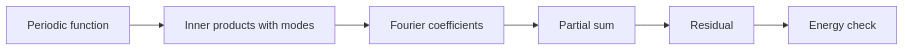
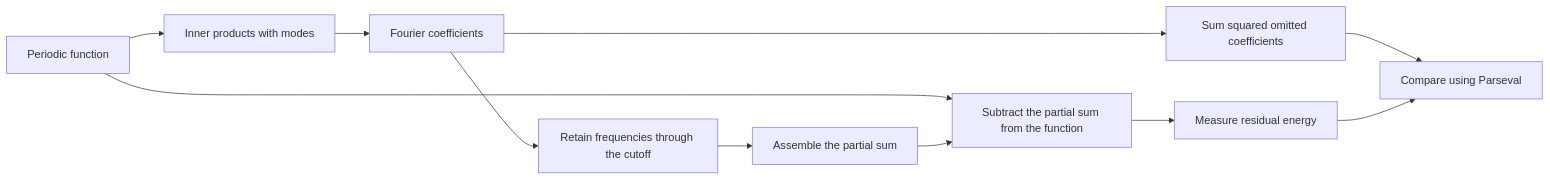
The third of 5 diagrams in examples/articles/fourier-series.md (VoidReg/publisle), drawn with Mermaid before and after one commit. The commit also changed other lines of this file and 25 other files, not shown here.

Commit message:
feat(playgrounds): add optimized themed Mermaid previews and Fourier diagrams

````diff
--- a/examples/articles/fourier-series.md
+++ b/examples/articles/fourier-series.md
@@ -463,8 +514,13 @@
 ```mermaid
 flowchart LR
   F[Periodic function] --> I[Inner products with modes]
   I --> C[Fourier coefficients]
-  C --> S[Partial sum]
-  S --> R[Residual]
-  R --> E[Energy check]
+  C --> S[Retain frequencies through the cutoff]
+  S --> P[Assemble the partial sum]
+  F --> R[Subtract the partial sum from the function]
+  P --> R
+  R --> E[Measure residual energy]
+  C --> T[Sum squared omitted coefficients]
+  T --> K[Compare using Parseval]
+  E --> K
 ```
````
